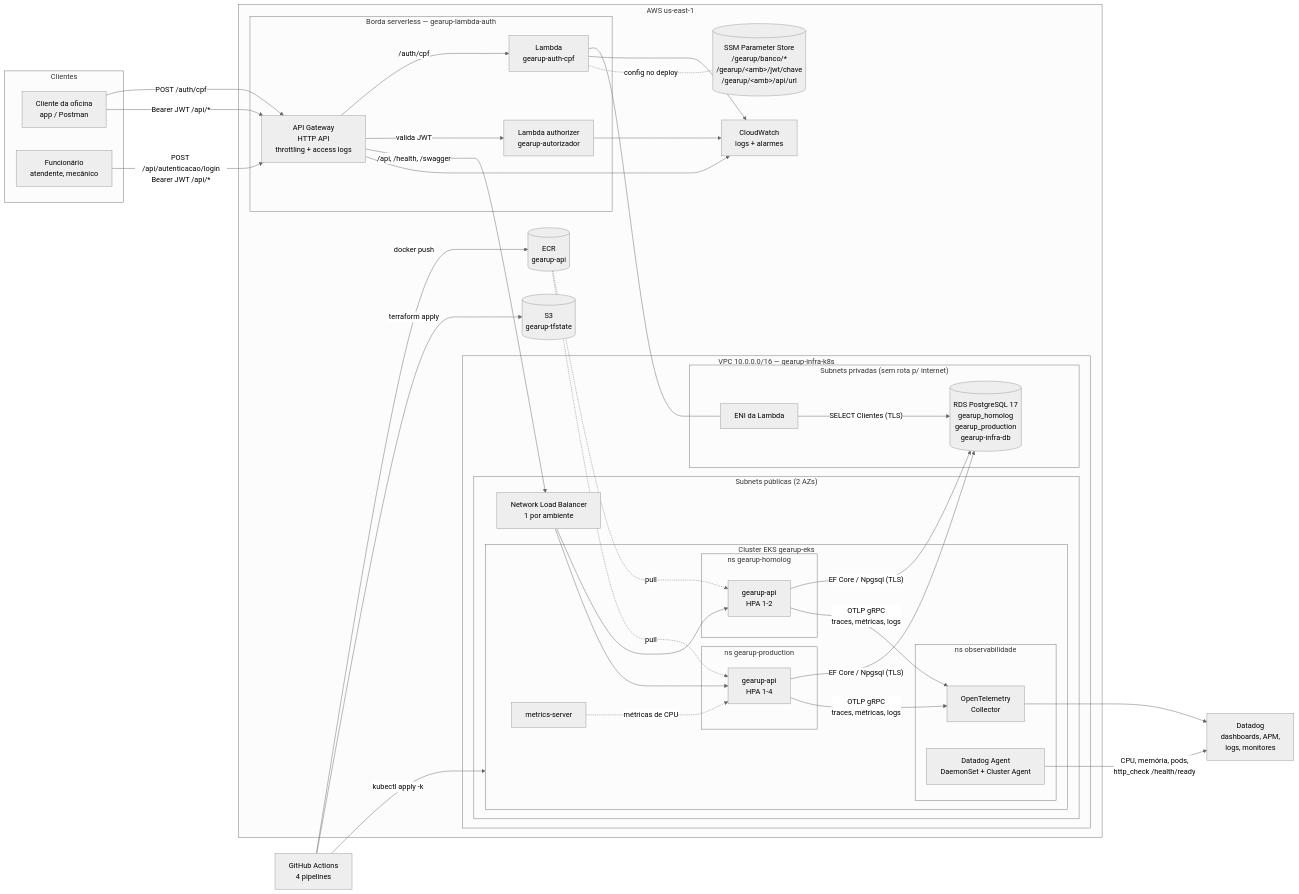
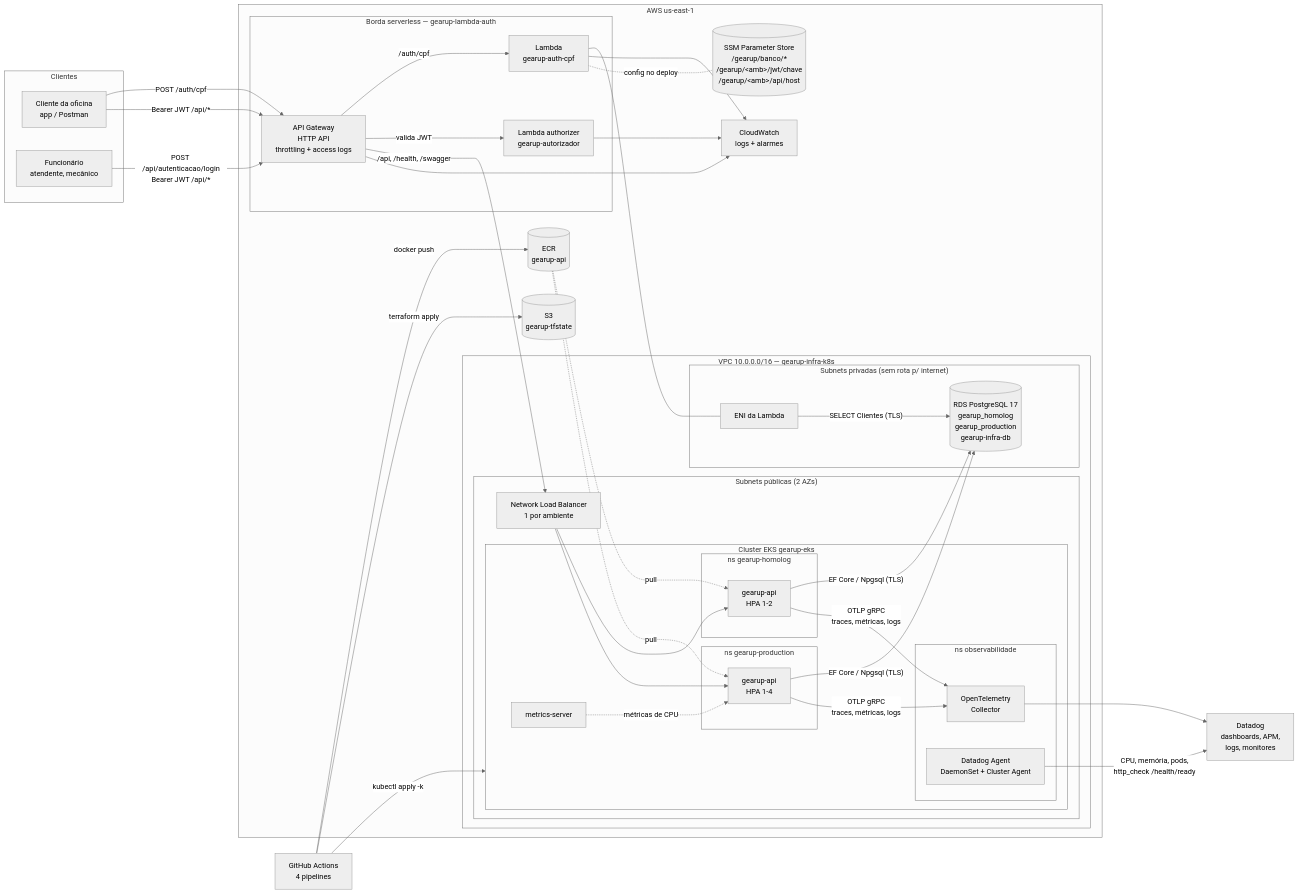
One commit to SOAT-GearUp/GearUp changed the first of 2 diagrams in docs/fase-3/Arquitetura/Arquitetura da Solucao.md. Above: the diagram before and after it, drawn with Mermaid (neutral theme). The commit also changed other lines of this file and 3 other files, not shown here.

````diff
--- a/docs/fase-3/Arquitetura/Arquitetura da Solucao.md
+++ b/docs/fase-3/Arquitetura/Arquitetura da Solucao.md
@@ -18,67 +18,67 @@
 ```mermaid
 flowchart LR
     subgraph Clientes
         C[Cliente da oficina<br/>app / Postman]
         F[Funcionário<br/>atendente, mecânico]
     end
 
     subgraph AWS["AWS us-east-1"]
         subgraph Borda["Borda serverless — gearup-lambda-auth"]
             GW[API Gateway<br/>HTTP API<br/>throttling + access logs]
             LA[Lambda<br/>gearup-auth-cpf]
             LZ[Lambda authorizer<br/>gearup-autorizador]
         end
 
         subgraph VPC["VPC 10.0.0.0/16 — gearup-infra-k8s"]
             subgraph Publicas["Subnets públicas (2 AZs)"]
                 NLB[Network Load Balancer<br/>1 por ambiente]
                 subgraph EKS["Cluster EKS gearup-eks"]
                     subgraph NSH["ns gearup-homolog"]
                         APIH[gearup-api<br/>HPA 1-2]
                     end
                     subgraph NSP["ns gearup-production"]
                         APIP[gearup-api<br/>HPA 1-4]
                     end
                     subgraph OBS["ns observabilidade"]
                         OTEL[OpenTelemetry<br/>Collector]
                         DDA[Datadog Agent<br/>DaemonSet + Cluster Agent]
                     end
                     MS[metrics-server]
                 end
             end
             subgraph Privadas["Subnets privadas (sem rota p/ internet)"]
                 RDS[(RDS PostgreSQL 17<br/>gearup_homolog<br/>gearup_production<br/>gearup-infra-db)]
                 LAENI[ENI da Lambda]
             end
         end
 
         ECR[(ECR<br/>gearup-api)]
-        SSM[(SSM Parameter Store<br/>/gearup/banco/*<br/>/gearup/&lt;amb&gt;/jwt/chave<br/>/gearup/&lt;amb&gt;/api/url)]
+        SSM[(SSM Parameter Store<br/>/gearup/banco/*<br/>/gearup/&lt;amb&gt;/jwt/chave<br/>/gearup/&lt;amb&gt;/api/host)]
         CW[CloudWatch<br/>logs + alarmes]
         S3[(S3<br/>gearup-tfstate)]
     end
 
     DD[Datadog<br/>dashboards, APM,<br/>logs, monitores]
     GH[GitHub Actions<br/>4 pipelines]
 
     C -- "POST /auth/cpf" --> GW
     C -- "Bearer JWT /api/*" --> GW
     F -- "POST /api/autenticacao/login<br/>Bearer JWT /api/*" --> GW
     GW -- "/auth/cpf" --> LA
     GW -- "valida JWT" --> LZ
     GW -- "/api, /health, /swagger" --> NLB
     LA --- LAENI
     LAENI -- "SELECT Clientes (TLS)" --> RDS
     NLB --> APIH & APIP
     APIH & APIP -- "EF Core / Npgsql (TLS)" --> RDS
     APIH & APIP -- "OTLP gRPC<br/>traces, métricas, logs" --> OTEL
     OTEL --> DD
     DDA -- "CPU, memória, pods,<br/>http_check /health/ready" --> DD
     MS -. "métricas de CPU" .-> APIP
     LA & LZ & GW --> CW
     GH -- "docker push" --> ECR
     GH -- "terraform apply" --> S3
     GH -- "kubectl apply -k" --> EKS
     ECR -. "pull" .-> APIH & APIP
     LA -. "config no deploy" .- SSM
 ```
````
